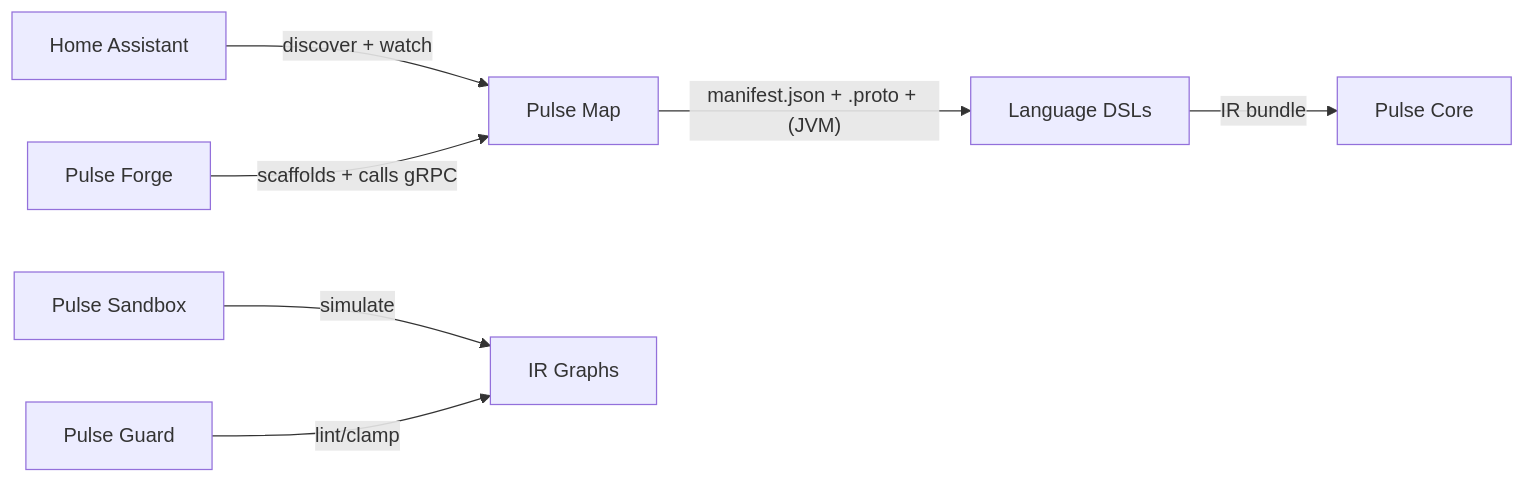
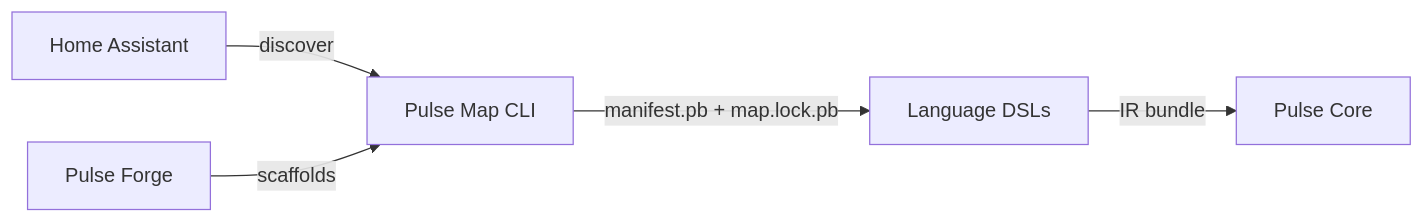
Before and after one commit to PulseAutomate/pulse-map: the diagram in README.md, drawn with Mermaid. The commit also changed other lines of this file and 2 other files, not shown here.

````diff
--- a/README.md
+++ b/README.md
@@ -59,9 +48,7 @@
 ```mermaid
 flowchart LR
-    HA[Home Assistant] -- discover + watch --> Map[Pulse Map]
-    Map -- manifest.json + .proto + (JVM) --> DSLs[Language DSLs]
+    HA[Home Assistant] -- discover --> Map[Pulse Map CLI]
+    Map -- manifest.pb + map.lock.pb --> DSLs[Language DSLs]
     DSLs -- IR bundle --> Core[Pulse Core]
-    Forge[Pulse Forge] -- scaffolds + calls gRPC --> Map
-    Sandbox[Pulse Sandbox] -- simulate --> IR[IR Graphs]
-    Guard[Pulse Guard] -- lint/clamp --> IR
+    Forge[Pulse Forge] -- scaffolds --> Map
 ```
````
